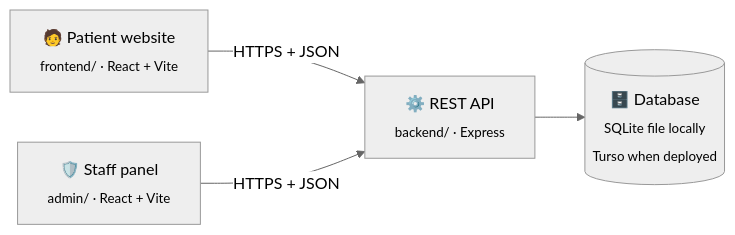
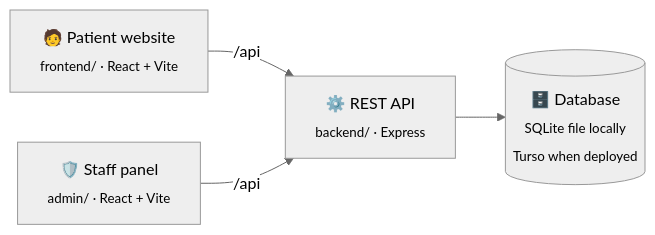
Before and after one commit to Raf33d/DR_Appointment_Latest: the diagram in README.md, drawn with Mermaid (neutral theme). The commit also changed other lines of this file and 13 other files, not shown here.

````diff
--- a/README.md
+++ b/README.md
@@ -63,11 +63,11 @@
 ```mermaid
 flowchart LR
     P["🧑 Patient website<br/><sub>frontend/ · React + Vite</sub>"]
     S["🛡️ Staff panel<br/><sub>admin/ · React + Vite</sub>"]
     A["⚙️ REST API<br/><sub>backend/ · Express</sub>"]
     D[("🗄️ Database<br/><sub>SQLite file locally<br/>Turso when deployed</sub>")]
 
-    P -- "HTTPS + JSON" --> A
-    S -- "HTTPS + JSON" --> A
+    P -- "/api" --> A
+    S -- "/api" --> A
     A --> D
 ```
````
